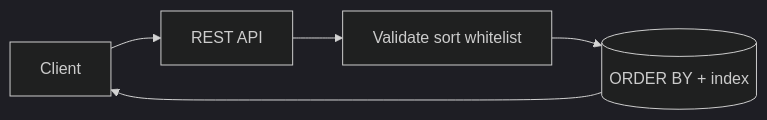
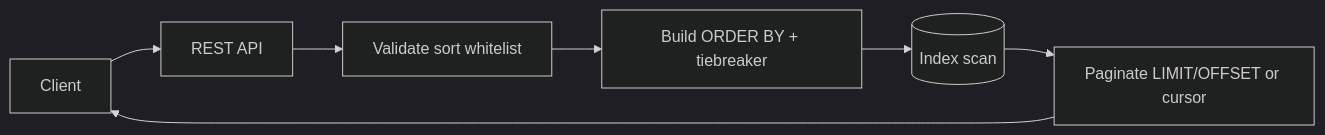
Before and after one commit to hareramcse/SystemDesign: diagram 17 of 28 in 07-api-design/README.md, drawn with Mermaid (dark theme). The commit also changed other lines of this file and 14 other files, not shown here.

````diff
--- a/07-api-design/README.md
+++ b/07-api-design/README.md
@@ -2212,7 +1487,9 @@
 ```mermaid
 flowchart LR
     C[Client] --> API[REST API]
     API --> V[Validate sort whitelist]
-    V --> DB[(ORDER BY + index)]
-    DB --> C
+    V --> O[Build ORDER BY + tiebreaker]
+    O --> DB[(Index scan)]
+    DB --> P[Paginate LIMIT/OFFSET or cursor]
+    P --> C
 ```
````
